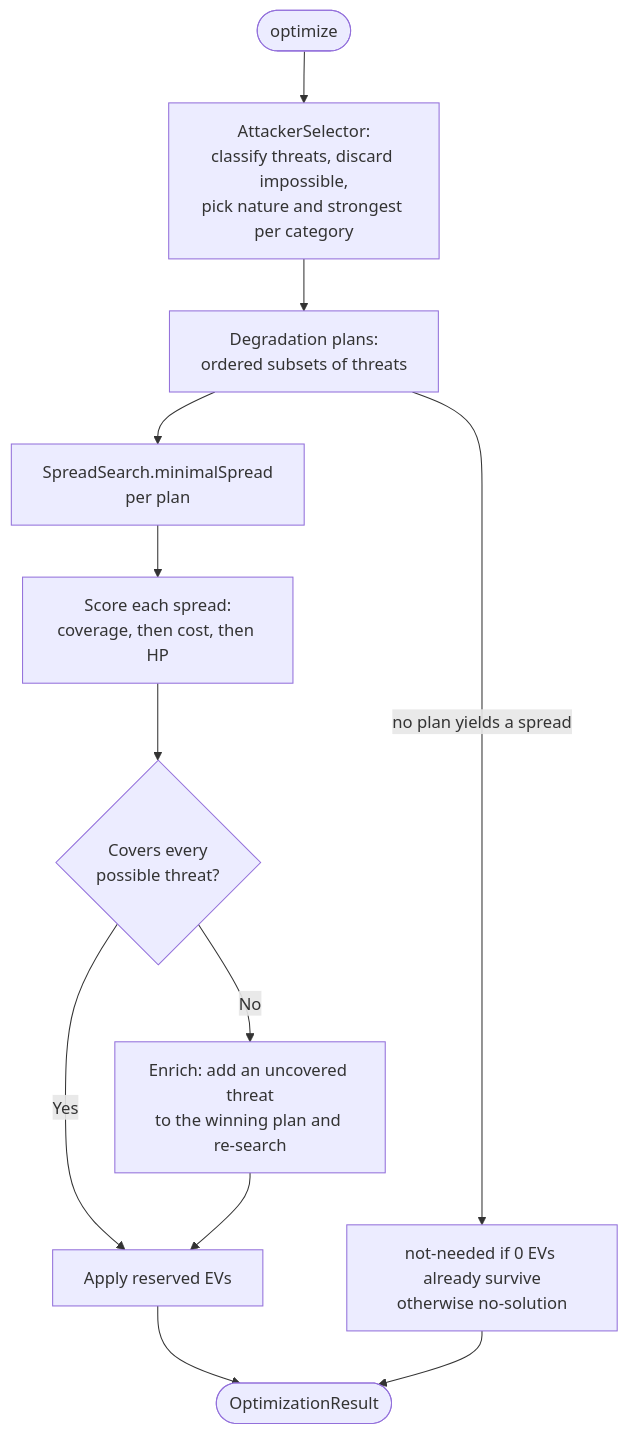
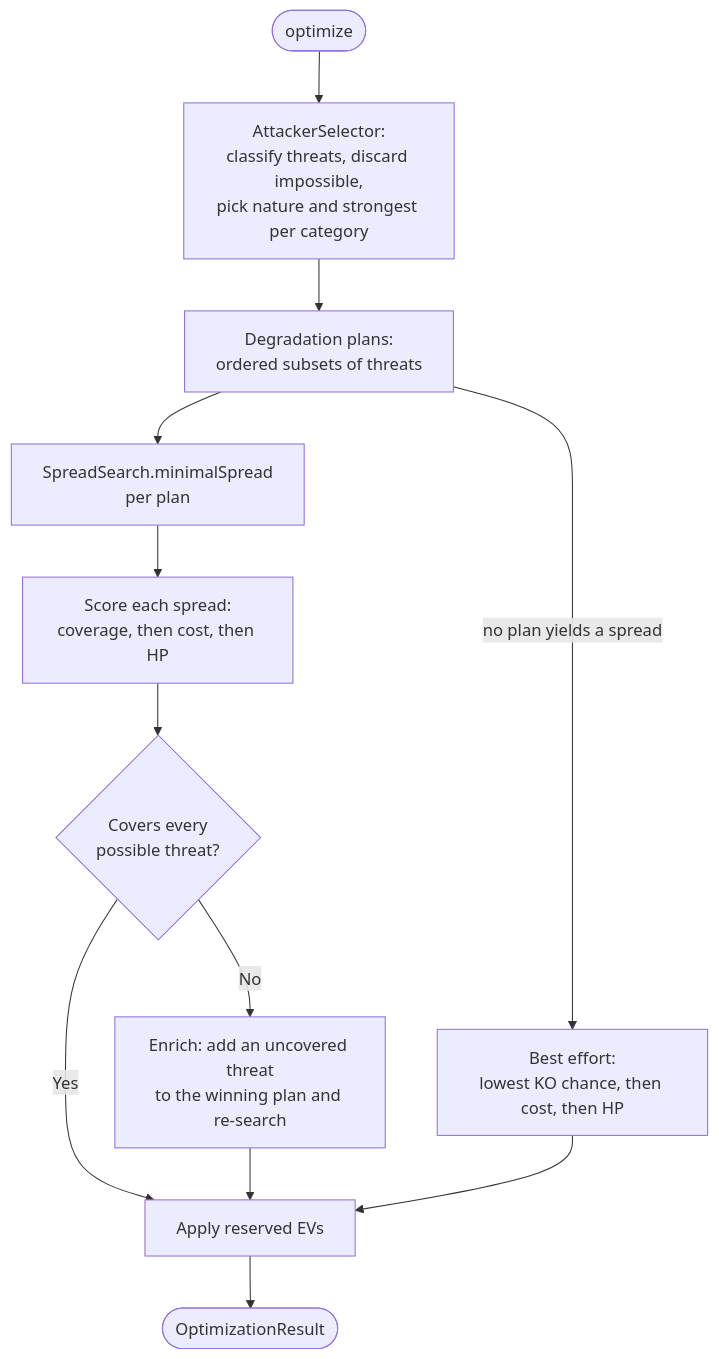
One commit to robsonbittencourt/vgc-multicalc changed the diagram in src/domain/multicalc/ev-optimizer/DEFENSIVE_EV_OPTIMIZER.md. Above: the diagram before and after it, drawn with Mermaid. The commit also changed other lines of this file and 45 other files, not shown here.

Commit message:
feat: Propose a best effort spread when no spread survives in the EV optimizer

````diff
--- a/src/domain/multicalc/ev-optimizer/DEFENSIVE_EV_OPTIMIZER.md
+++ b/src/domain/multicalc/ev-optimizer/DEFENSIVE_EV_OPTIMIZER.md
@@ -60,14 +85,14 @@
 ```mermaid
 flowchart TD
     Start([optimize]) --> Classify[AttackerSelector:<br/>classify threats, discard impossible,<br/>pick nature and strongest per category]
     Classify --> Plans[Degradation plans:<br/>ordered subsets of threats]
     Plans --> Search[SpreadSearch.minimalSpread<br/>per plan]
     Search --> Score[Score each spread:<br/>coverage, then cost, then HP]
     Score --> Full{Covers every<br/>possible threat?}
     Full -->|Yes| Reserved[Apply reserved EVs]
     Full -->|No| Enrich[Enrich: add an uncovered threat<br/>to the winning plan and re-search]
     Enrich --> Reserved
-    Plans -->|no plan yields a spread| Epilogue[not-needed if 0 EVs already survive<br/>otherwise no-solution]
+    Plans -->|no plan yields a spread| BestEffort[Best effort:<br/>lowest KO chance, then cost, then HP]
+    BestEffort --> Reserved
     Reserved --> End([OptimizationResult])
-    Epilogue --> End
 ```
````
